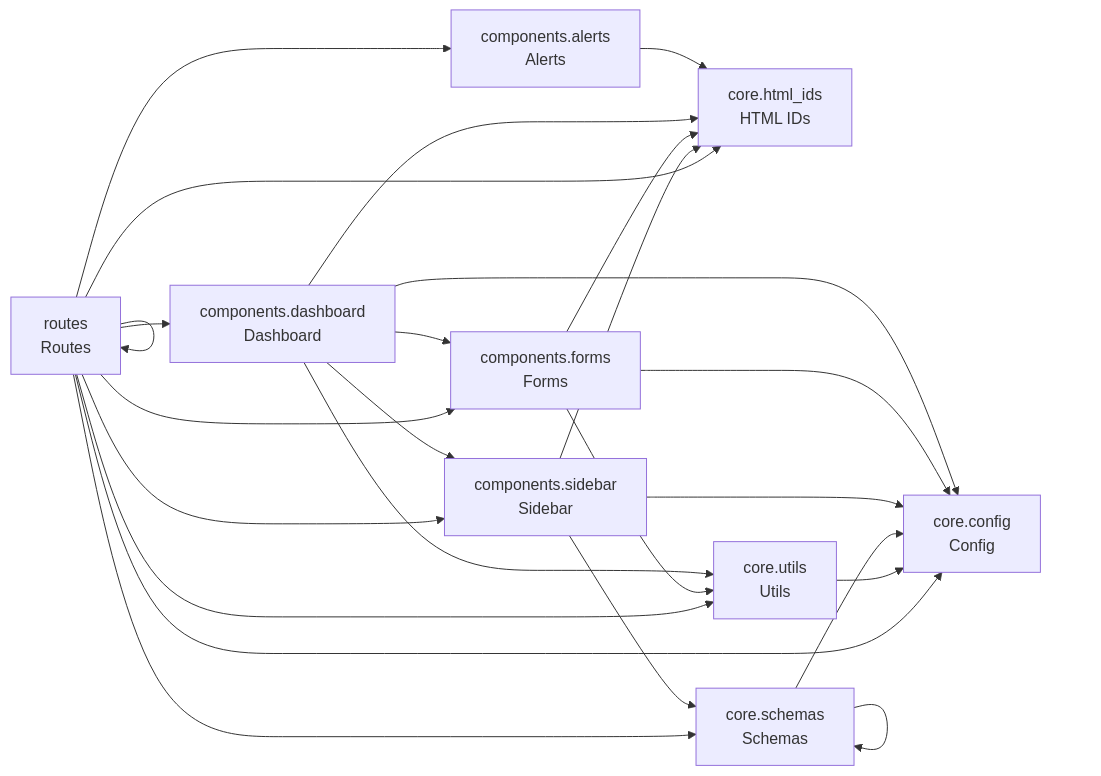
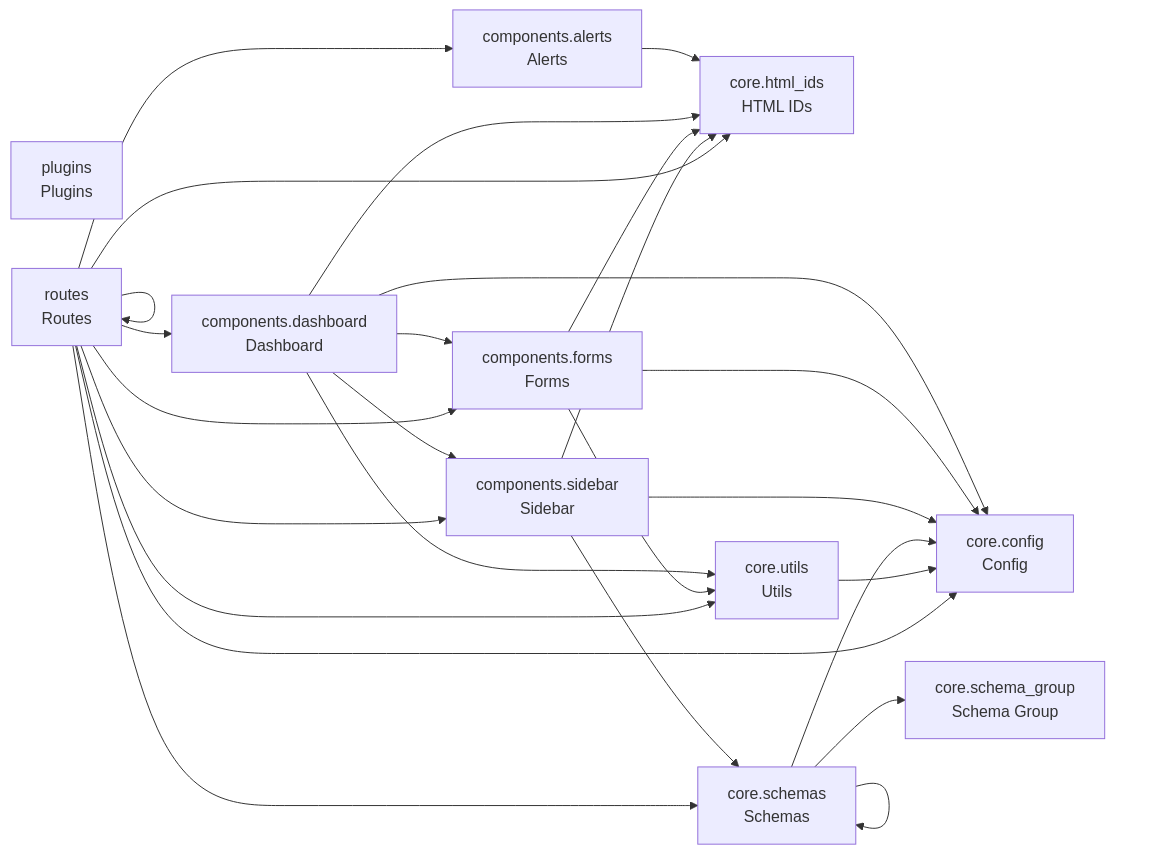
The diagram in README.md (cj-mills/cjm-fasthtml-settings), drawn with Mermaid before and after one commit. The commit also changed other lines of this file and 17 other files, not shown here.

````diff
--- a/README.md
+++ b/README.md
@@ -31,37 +33,40 @@
 ``` mermaid
 graph LR
     components_alerts[components.alerts<br/>Alerts]
     components_dashboard[components.dashboard<br/>Dashboard]
     components_forms[components.forms<br/>Forms]
     components_sidebar[components.sidebar<br/>Sidebar]
     core_config[core.config<br/>Config]
     core_html_ids[core.html_ids<br/>HTML IDs]
+    core_schema_group[core.schema_group<br/>Schema Group]
     core_schemas[core.schemas<br/>Schemas]
     core_utils[core.utils<br/>Utils]
+    plugins[plugins<br/>Plugins]
     routes[routes<br/>Routes]
 
     components_alerts --> core_html_ids
-    components_dashboard --> core_html_ids
+    components_dashboard --> core_config
+    components_dashboard --> core_utils
     components_dashboard --> components_sidebar
     components_dashboard --> components_forms
-    components_dashboard --> core_config
-    components_dashboard --> core_utils
+    components_dashboard --> core_html_ids
+    components_forms --> core_config
     components_forms --> core_html_ids
-    components_forms --> core_config
     components_forms --> core_utils
+    components_sidebar --> core_config
+    components_sidebar --> core_schemas
     components_sidebar --> core_html_ids
-    components_sidebar --> core_schemas
-    components_sidebar --> core_config
+    core_schemas --> core_schema_group
+    core_schemas --> core_config
     core_schemas --> core_schemas
-    core_schemas --> core_config
     core_utils --> core_config
-    routes --> core_html_ids
-    routes --> components_forms
-    routes --> components_sidebar
+    routes --> core_utils
     routes --> routes
     routes --> components_alerts
-    routes --> core_utils
     routes --> core_config
+    routes --> core_schemas
+    routes --> components_sidebar
+    routes --> components_forms
+    routes --> core_html_ids
     routes --> components_dashboard
-    routes --> core_schemas
 ```
````
